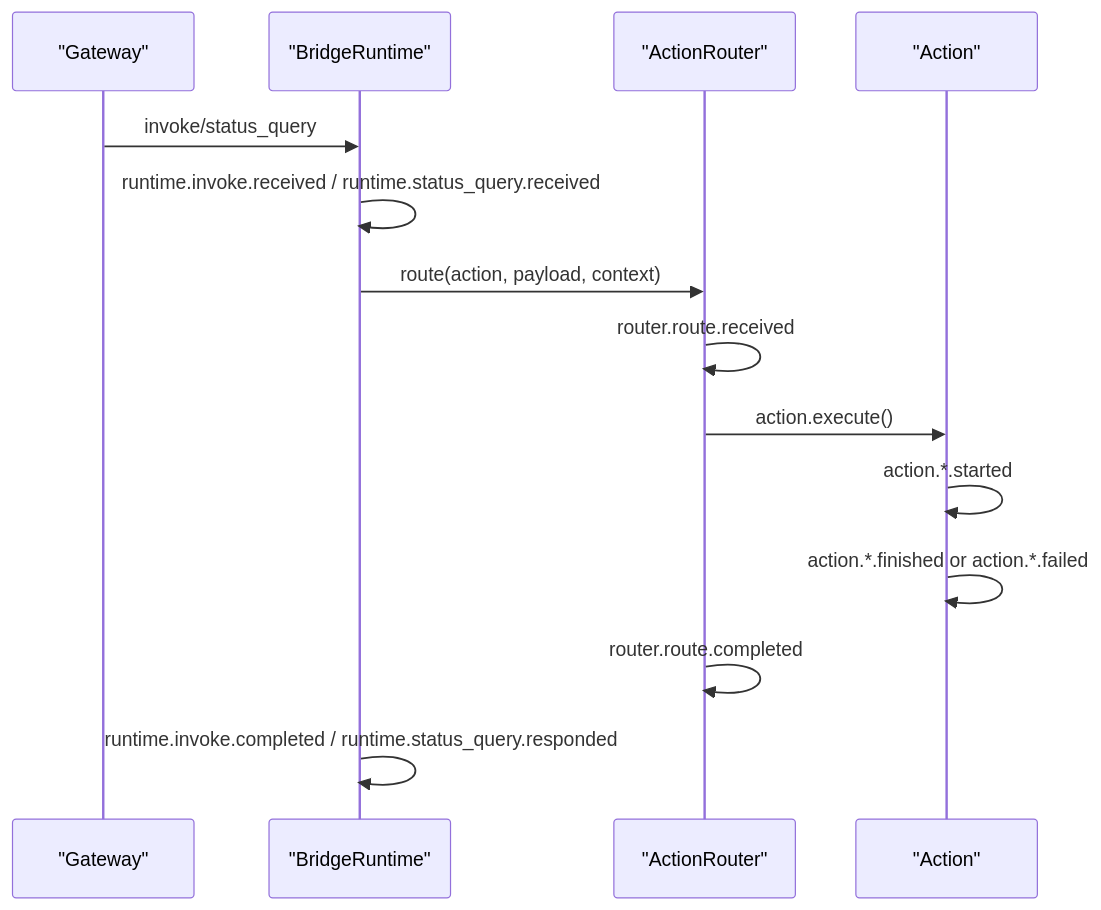
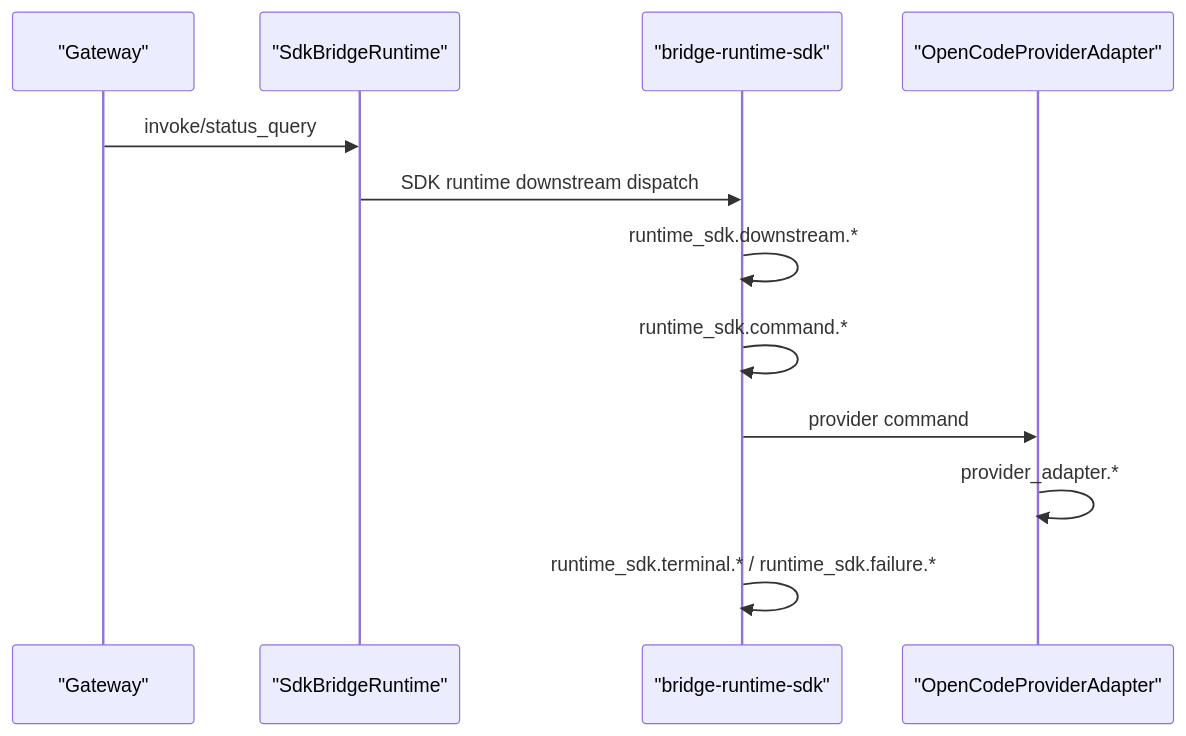
One commit to yuzhangCZ/agent-plugin changed the second of 4 diagrams in plugins/message-bridge/docs/operations/logging-reference.md. Above: the diagram before and after it, drawn with Mermaid. The commit also changed other lines of this file and 7 other files, not shown here.

Commit message:
docs: document sdk runtime cutover

````diff
--- a/plugins/message-bridge/docs/operations/logging-reference.md
+++ b/plugins/message-bridge/docs/operations/logging-reference.md
@@ -99,17 +96,15 @@
 ```mermaid
 sequenceDiagram
   participant GW as "Gateway"
-  participant P as "BridgeRuntime"
-  participant R as "ActionRouter"
-  participant A as "Action"
+  participant P as "SdkBridgeRuntime"
+  participant S as "bridge-runtime-sdk"
+  participant A as "OpenCodeProviderAdapter"
 
   GW->>P: invoke/status_query
-  P->>P: runtime.invoke.received / runtime.status_query.received
-  P->>R: route(action, payload, context)
-  R->>R: router.route.received
-  R->>A: action.execute()
-  A->>A: action.*.started
-  A->>A: action.*.finished or action.*.failed
-  R->>R: router.route.completed
-  P->>P: runtime.invoke.completed / runtime.status_query.responded
+  P->>S: SDK runtime downstream dispatch
+  S->>S: runtime_sdk.downstream.*
+  S->>S: runtime_sdk.command.*
+  S->>A: provider command
+  A->>A: provider_adapter.*
+  S->>S: runtime_sdk.terminal.* / runtime_sdk.failure.*
 ```
````
